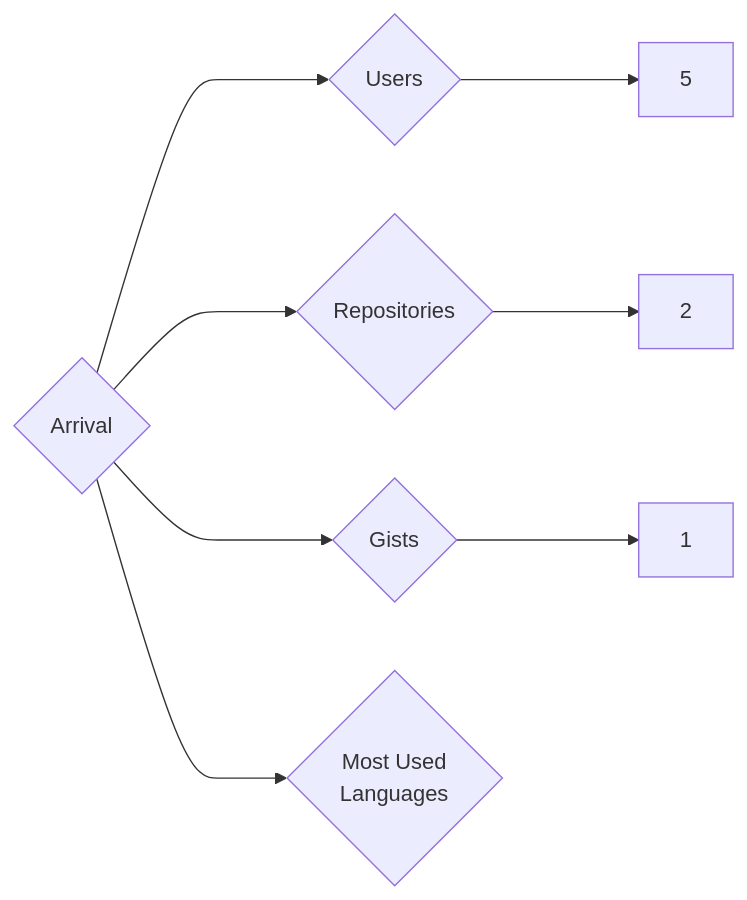
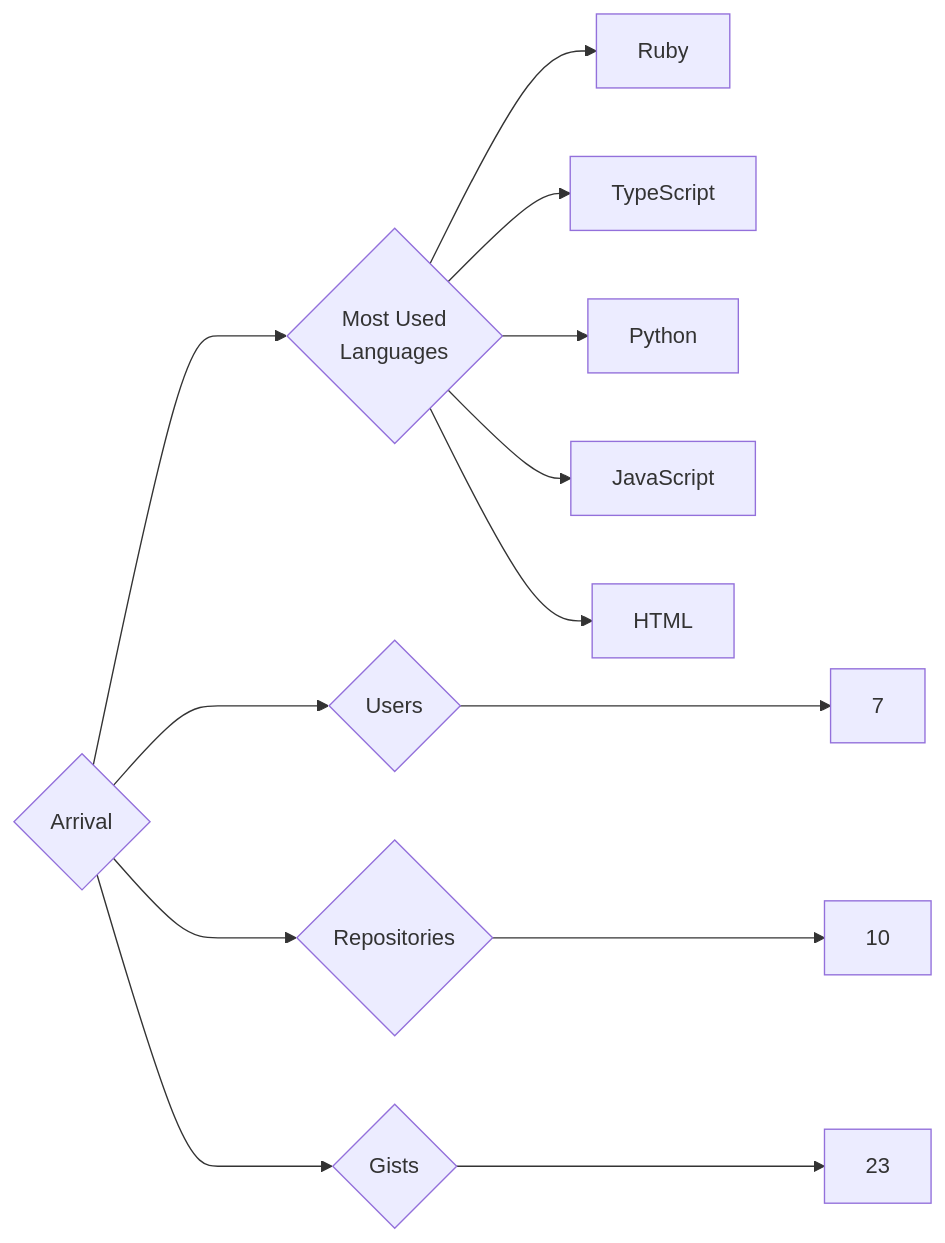
The diagram in targets/Arrival/README.md (trickest/insiders), drawn with Mermaid before and after one commit. The commit also changed 859 other files, not shown here.

````diff
--- a/targets/Arrival/README.md
+++ b/targets/Arrival/README.md
@@ -3,8 +3,13 @@
 ```mermaid
 graph LR
 COMPANY_NAME{Arrival}
-COMPANY_NAME ---> U{Users} ---> UN[5]
-COMPANY_NAME ---> R{Repositories} ---> RN[2]
-COMPANY_NAME ---> G{Gists} ---> GN[1]
+COMPANY_NAME ---> U{Users} ---> UN[7]
+COMPANY_NAME ---> R{Repositories} ---> RN[10]
+COMPANY_NAME ---> G{Gists} ---> GN[23]
 COMPANY_NAME ---> ML{Most Used<br>Languages}
+ML --> Ruby[Ruby]
+ML --> TypeScript[TypeScript]
+ML --> Python[Python]
+ML --> JavaScript[JavaScript]
+ML --> HTML[HTML]
 ```
````
